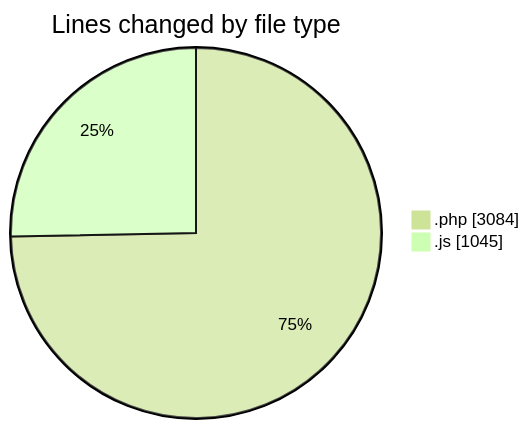
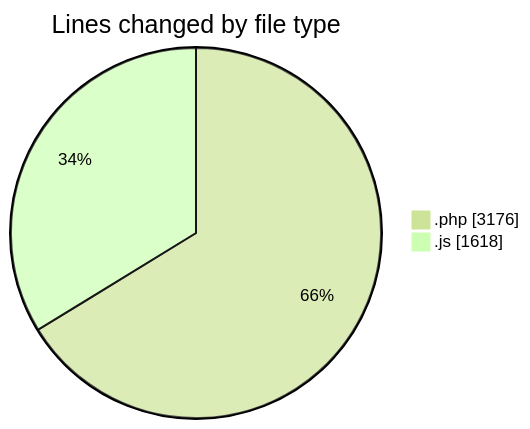
The first of 2 diagrams in 2026-07-24/untitled__workspace_/README.md (debugP/code-tracking), drawn with Mermaid (forest theme) before and after one commit. The commit also changed other lines of this file and 1 other file, not shown here.

````diff
--- a/2026-07-24/untitled__workspace_/README.md
+++ b/2026-07-24/untitled__workspace_/README.md
@@ -22,6 +23,6 @@
 ```mermaid
 pie showData
 title Lines changed by file type
-".php" : 3084
-".js" : 1045
+".php" : 3176
+".js" : 1618
 ```
````
